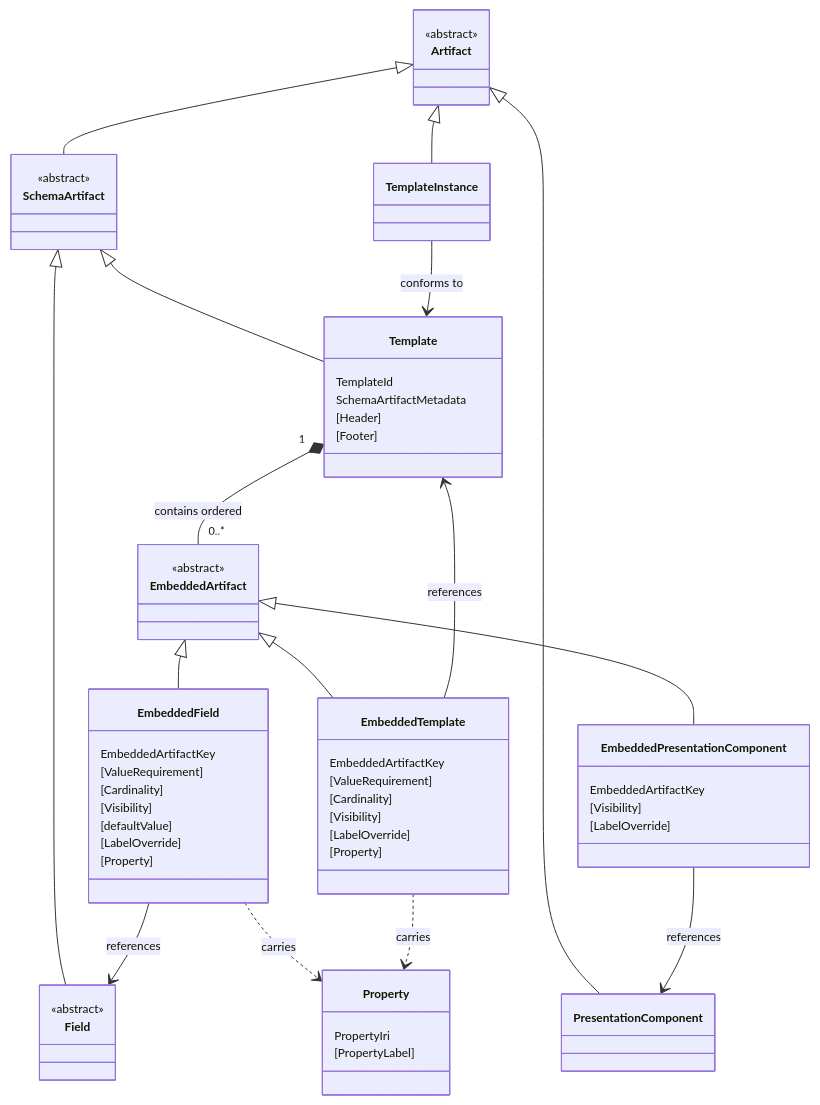
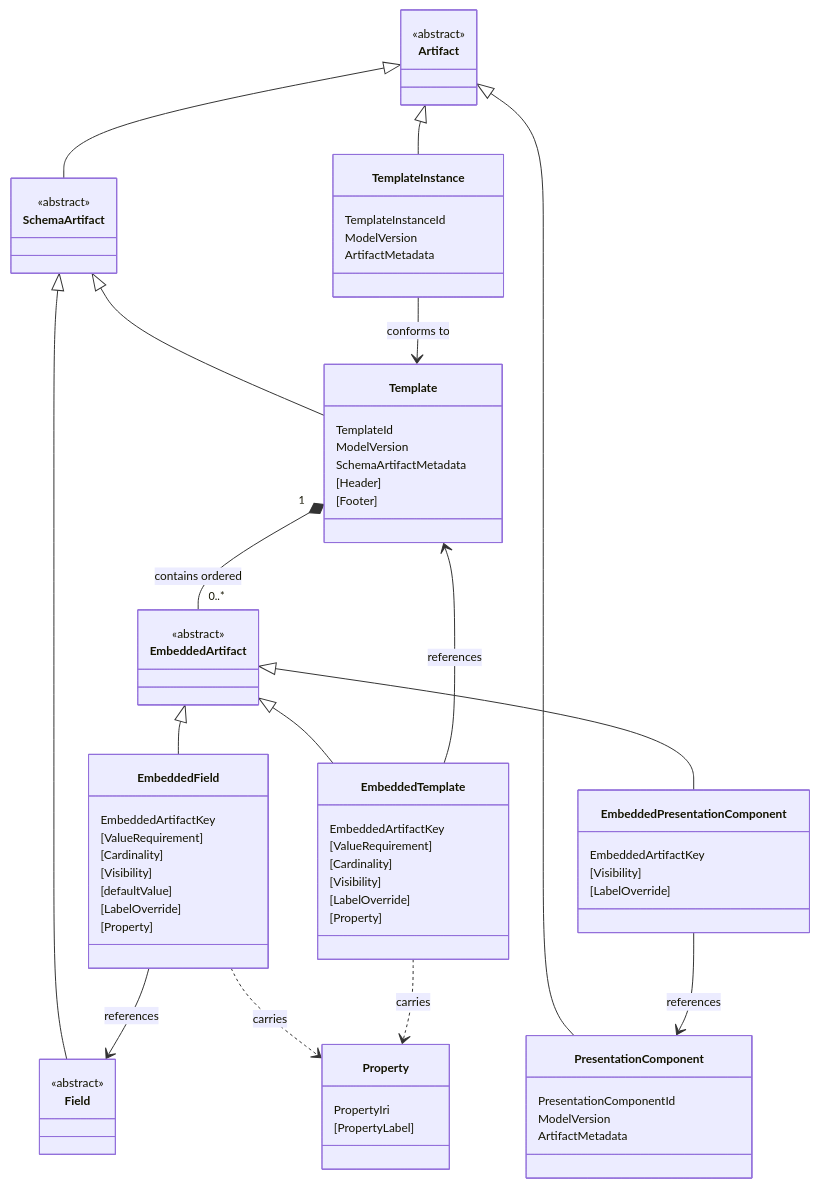
The diagram in spec/grammar.md (metadatacenter/cedar-structural-spec), drawn with Mermaid before and after one commit. The commit also changed other lines of this file and 5 other files, not shown here.

````diff
--- a/spec/grammar.md
+++ b/spec/grammar.md
@@ -101,73 +101,82 @@
 ```mermaid
 %%{init: {'themeVariables': {'fontSize': '12px'}}}%%
 classDiagram
   class Artifact {
     <<abstract>>
   }
   class SchemaArtifact {
     <<abstract>>
   }
   class Field {
     <<abstract>>
   }
   class Template {
     TemplateId
+    ModelVersion
     SchemaArtifactMetadata
     [Header]
     [Footer]
   }
-  class PresentationComponent
-  class TemplateInstance
+  class PresentationComponent {
+    PresentationComponentId
+    ModelVersion
+    ArtifactMetadata
+  }
+  class TemplateInstance {
+    TemplateInstanceId
+    ModelVersion
+    ArtifactMetadata
+  }
 
   class EmbeddedArtifact {
     <<abstract>>
   }
   class EmbeddedField {
     EmbeddedArtifactKey
     [ValueRequirement]
     [Cardinality]
     [Visibility]
     [defaultValue]
     [LabelOverride]
     [Property]
   }
   class EmbeddedTemplate {
     EmbeddedArtifactKey
     [ValueRequirement]
     [Cardinality]
     [Visibility]
     [LabelOverride]
     [Property]
   }
   class EmbeddedPresentationComponent {
     EmbeddedArtifactKey
     [Visibility]
     [LabelOverride]
   }
   class Property {
     PropertyIri
     [PropertyLabel]
   }
 
   Artifact <|-- SchemaArtifact
   Artifact <|-- PresentationComponent
   Artifact <|-- TemplateInstance
 
   SchemaArtifact <|-- Field
   SchemaArtifact <|-- Template
 
   Template "1" *-- "0..*" EmbeddedArtifact : contains ordered
 
   EmbeddedArtifact <|-- EmbeddedField
   EmbeddedArtifact <|-- EmbeddedTemplate
   EmbeddedArtifact <|-- EmbeddedPresentationComponent
 
   EmbeddedField --> Field : references
   EmbeddedTemplate --> Template : references
   EmbeddedPresentationComponent --> PresentationComponent : references
 
   EmbeddedField ..> Property : carries
   EmbeddedTemplate ..> Property : carries
 
   TemplateInstance --> Template : conforms to
 ```
````
